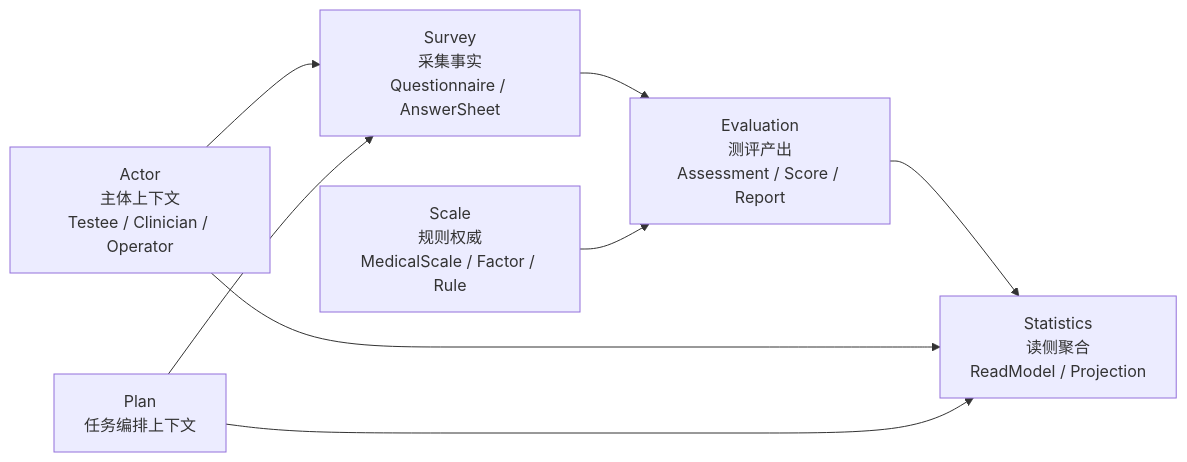
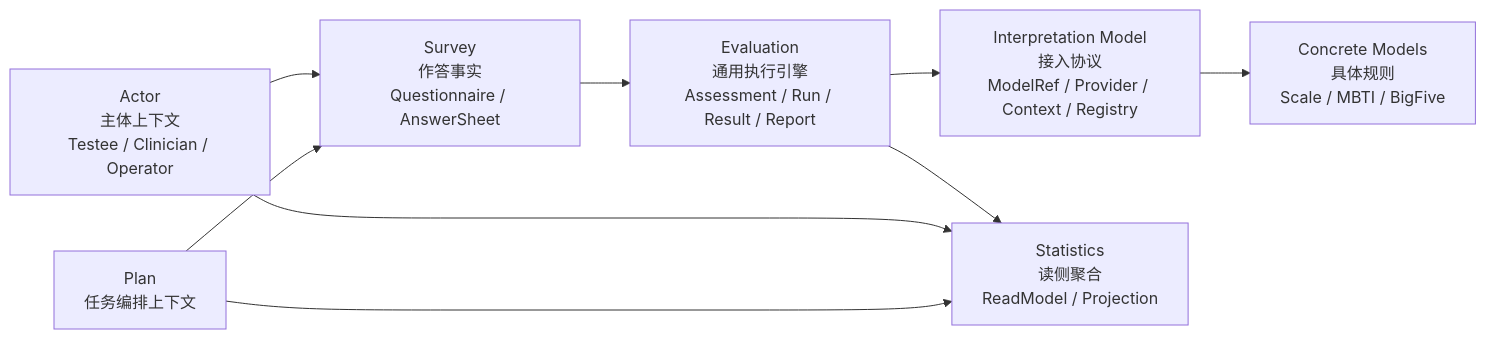
Before and after one commit to FangcunMount/qs-server: the diagram in docs/06-宣讲/03-DDD与限界上下文讲法.md, drawn with Mermaid. The commit also changed other lines of this file and 25 other files, not shown here.

````diff
--- a/docs/06-宣讲/03-DDD与限界上下文讲法.md
+++ b/docs/06-宣讲/03-DDD与限界上下文讲法.md
@@ -49,17 +141,19 @@
 ```mermaid
 flowchart LR
     Actor["Actor<br/>主体上下文<br/>Testee / Clinician / Operator"]
     Plan["Plan<br/>任务编排上下文"]
-    Survey["Survey<br/>采集事实<br/>Questionnaire / AnswerSheet"]
-    Scale["Scale<br/>规则权威<br/>MedicalScale / Factor / Rule"]
-    Evaluation["Evaluation<br/>测评产出<br/>Assessment / Score / Report"]
+    Survey["Survey<br/>作答事实<br/>Questionnaire / AnswerSheet"]
+    IM["Interpretation Model<br/>接入协议<br/>ModelRef / Provider / Context / Registry"]
+    Models["Concrete Models<br/>具体规则<br/>Scale / MBTI / BigFive"]
+    Evaluation["Evaluation<br/>通用执行引擎<br/>Assessment / Run / Result / Report"]
     Statistics["Statistics<br/>读侧聚合<br/>ReadModel / Projection"]
 
     Actor --> Survey
     Plan --> Survey
     Survey --> Evaluation
-    Scale --> Evaluation
+    Evaluation --> IM
+    IM --> Models
     Evaluation --> Statistics
     Actor --> Statistics
     Plan --> Statistics
 ```
````
